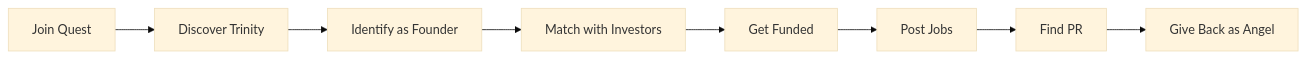
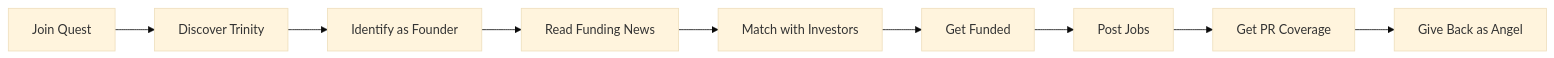
The first of 2 diagrams in V3_UNIFIED_PLATFORM.md (Londondannyboy/quest), drawn with Mermaid (base theme) before and after one commit. The commit also changed other lines of this file and 2 other files, not shown here.

First line of the commit message:
Add news functionality to V3 architecture

````diff
--- a/V3_UNIFIED_PLATFORM.md
+++ b/V3_UNIFIED_PLATFORM.md
@@ -109,10 +110,11 @@
 ```mermaid
 graph LR
     A[Join Quest] --> B[Discover Trinity]
     B --> C[Identify as Founder]
-    C --> D[Match with Investors]
-    D --> E[Get Funded]
-    E --> F[Post Jobs]
-    F --> G[Find PR]
-    G --> H[Give Back as Angel]
+    C --> D[Read Funding News]
+    D --> E[Match with Investors]
+    E --> F[Get Funded]
+    F --> G[Post Jobs]
+    G --> H[Get PR Coverage]
+    H --> I[Give Back as Angel]
 ```
````
